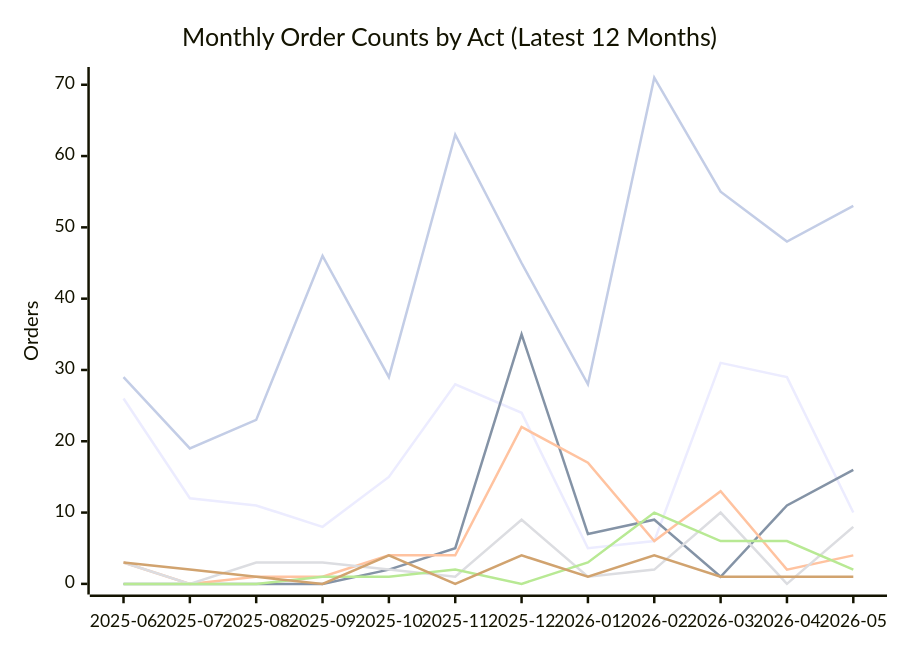
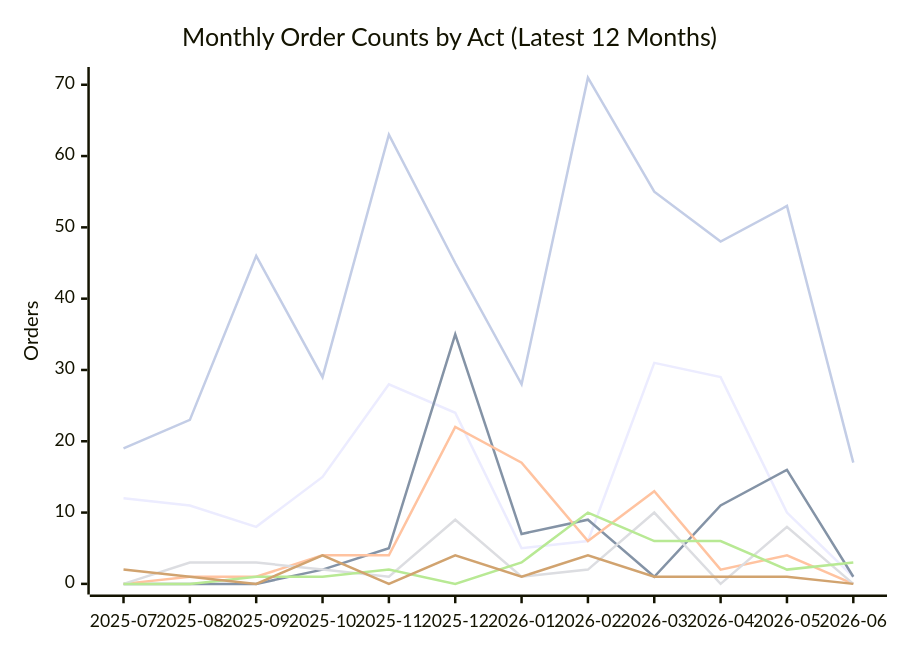
One commit to PatLittle/oic-data changed the second of 2 diagrams in README.md. Above: the diagram before and after it, drawn with Mermaid. The commit also changed other lines of this file and 45 other files, not shown here.

````diff
--- a/README.md
+++ b/README.md
@@ -71,13 +71,13 @@
 ```mermaid
 xychart-beta
     title "Monthly Order Counts by Act (Latest 12 Months)"
-    x-axis ["2025-06", "2025-07", "2025-08", "2025-09", "2025-10", "2025-11", "2025-12", "2026-01", "2026-02", "2026-03", "2026-04", "2026-05"]
+    x-axis ["2025-07", "2025-08", "2025-09", "2025-10", "2025-11", "2025-12", "2026-01", "2026-02", "2026-03", "2026-04", "2026-05", "2026-06"]
     y-axis "Orders" 0 --> 71
-    line [26, 12, 11, 8, 15, 28, 24, 5, 6, 31, 29, 10]
-    line [0, 0, 0, 0, 2, 5, 35, 7, 9, 1, 11, 16]
-    line [3, 0, 1, 1, 4, 4, 22, 17, 6, 13, 2, 4]
-    line [3, 0, 3, 3, 2, 1, 9, 1, 2, 10, 0, 8]
-    line [0, 0, 0, 1, 1, 2, 0, 3, 10, 6, 6, 2]
-    line [3, 2, 1, 0, 4, 0, 4, 1, 4, 1, 1, 1]
-    line [29, 19, 23, 46, 29, 63, 45, 28, 71, 55, 48, 53]
+    line [12, 11, 8, 15, 28, 24, 5, 6, 31, 29, 10, 1]
+    line [0, 0, 0, 2, 5, 35, 7, 9, 1, 11, 16, 1]
+    line [0, 1, 1, 4, 4, 22, 17, 6, 13, 2, 4, 0]
+    line [0, 3, 3, 2, 1, 9, 1, 2, 10, 0, 8, 0]
+    line [0, 0, 1, 1, 2, 0, 3, 10, 6, 6, 2, 3]
+    line [2, 1, 0, 4, 0, 4, 1, 4, 1, 1, 1, 0]
+    line [19, 23, 46, 29, 63, 45, 28, 71, 55, 48, 53, 17]
 ```
````
